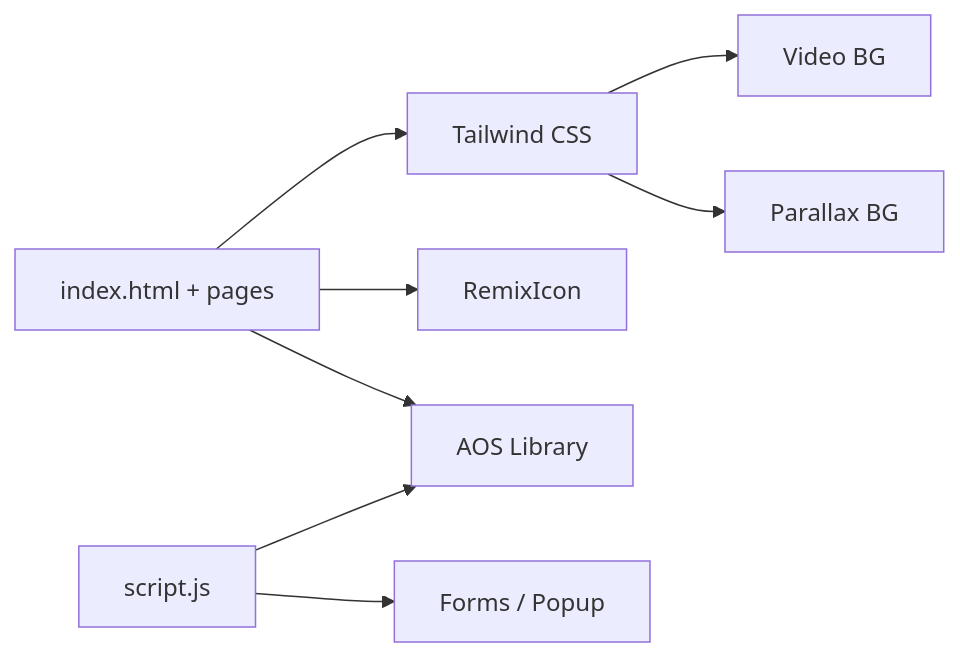
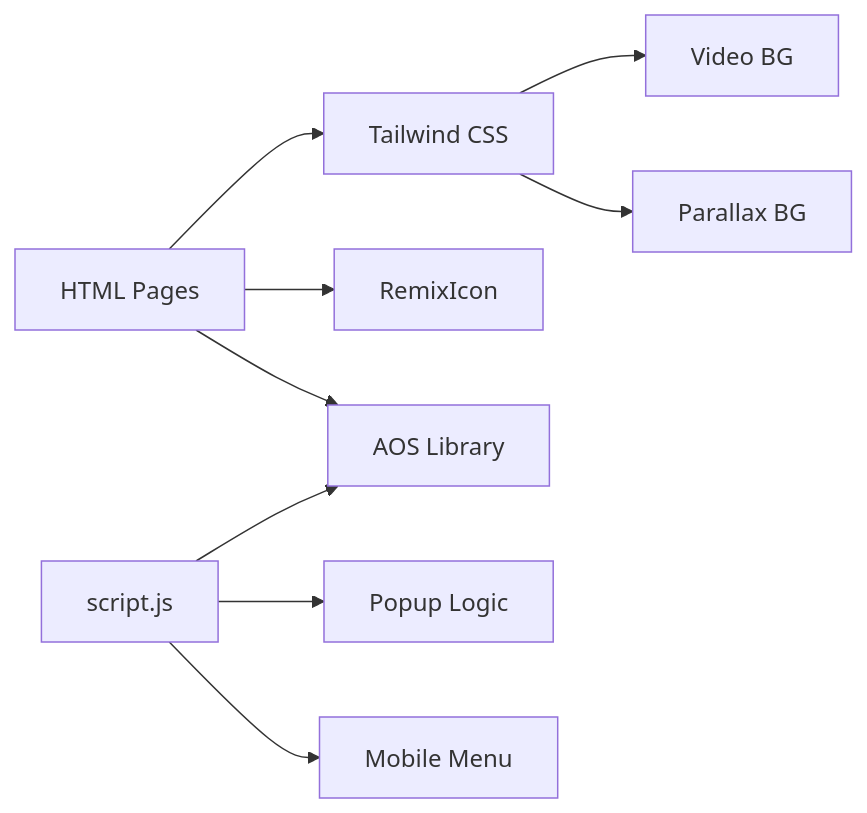
One commit to manishg1808/geek changed the sixth of 7 diagrams in README.md. Above: the diagram before and after it, drawn with Mermaid. The commit also changed other lines of this file and 7 other files, not shown here.

````diff
--- a/README.md
+++ b/README.md
@@ -116,10 +163,11 @@
 ```mermaid
 flowchart LR
-    HTML[index.html + pages] --> Tailwind[Tailwind CSS]
+    HTML[HTML Pages] --> Tailwind[Tailwind CSS]
     HTML --> Remix[RemixIcon]
     HTML --> AOS[AOS Library]
     script[script.js] --> AOS
-    script --> Forms[Forms / Popup]
+    script --> Popup[Popup Logic]
+    script --> Menu[Mobile Menu]
     Tailwind --> Video[Video BG]
     Tailwind --> Parallax[Parallax BG]
 ```
````
